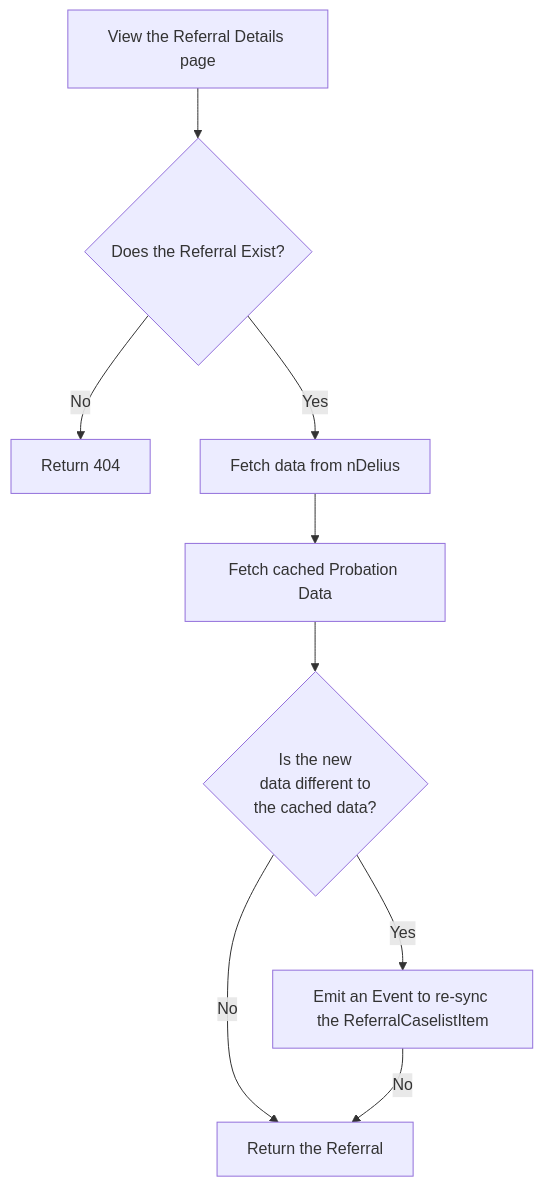
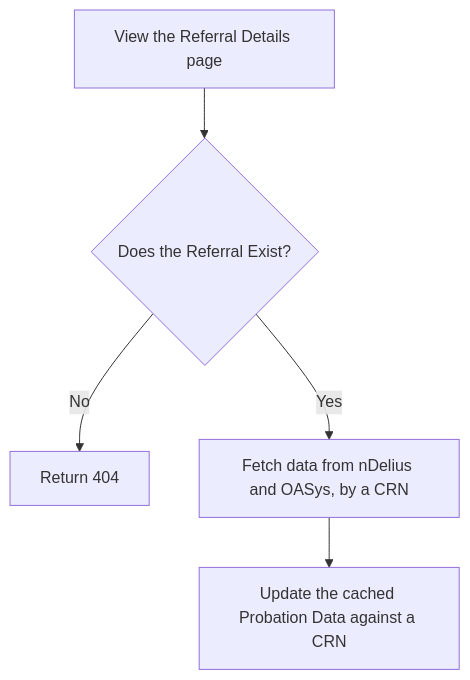
Before and after one commit to ministryofjustice/hmpps-accredited-programmes-manage-and-deliver-api: the second of 2 diagrams in docs/2025-07-caselist_item.md, drawn with Mermaid. The commit also changed other lines of this file, not shown here.

Commit message:
docs(caselist_item.md): Update the written portion of the ReferralCaselistItem doc to reflect changes from an all-devs meeting

````diff
--- a/docs/2025-07-caselist_item.md
+++ b/docs/2025-07-caselist_item.md
@@ -90,14 +87,8 @@
 ```mermaid
 flowchart TD
     Start[View the Referral Details page]
     Start --> ReferralExists{Does the Referral Exist?}
     ReferralExists --> |No| NotFound[Return 404]
-    ReferralExists --> |Yes| FetchNdelius[Fetch data from nDelius]
-    FetchNdelius --> FetchCached[Fetch cached Probation Data]
-    FetchCached --> Changed{Is the new 
-    data different to 
-    the cached data?}
-    Changed --> |Yes| RefreshCache[Emit an Event to re-sync the ReferralCaselistItem]
-    Changed --> |No| ReturnReferral[Return the Referral]
-    RefreshCache --> |No| ReturnReferral[Return the Referral]
+    ReferralExists --> |Yes| FetchNdelius[Fetch data from nDelius and OASys, by a CRN]
+    FetchNdelius --> UpdateCache[Update the cached Probation Data against a CRN]
 ```
````
